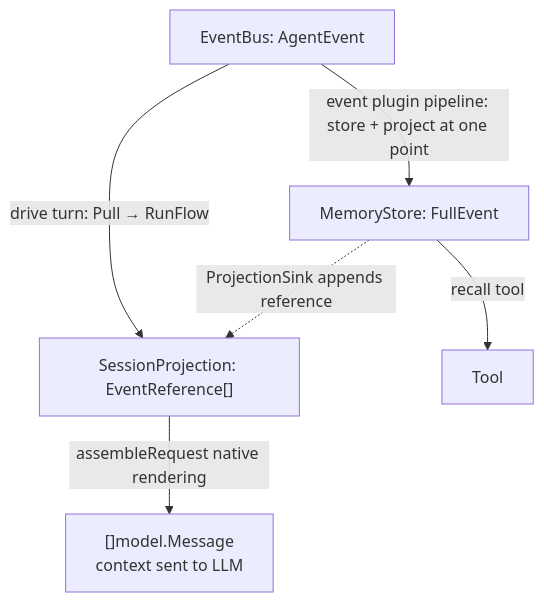
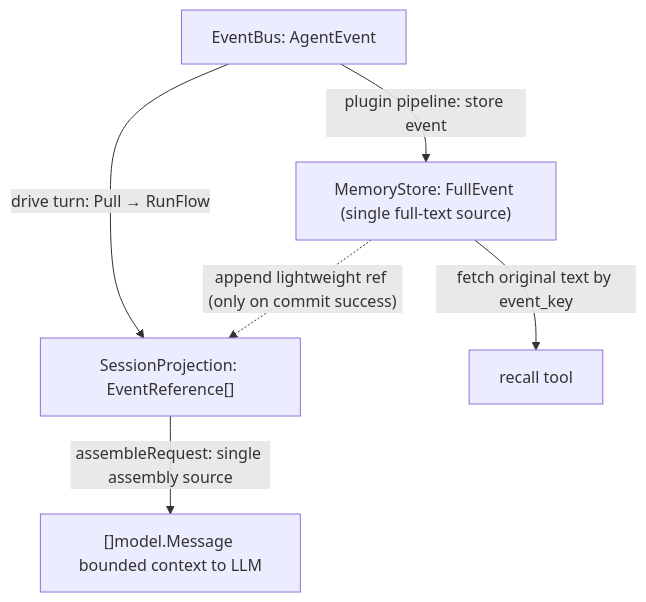
Before and after one commit to SpellingDragon/tagent: the first of 2 diagrams in README_EN.md, drawn with Mermaid. The commit also changed other lines of this file and 1 other file, not shown here.

````diff
--- a/README_EN.md
+++ b/README_EN.md
@@ -160,14 +35,13 @@
 ```mermaid
 graph TB
     EB["EventBus: AgentEvent"]
     SP["SessionProjection: EventReference[]"]
-    MS["MemoryStore: FullEvent"]
-    LLM["[]model.Message<br/>context sent to LLM"]
-    TOOL["Tool"]
-
+    MS["MemoryStore: FullEvent (single full-text source)"]
+    LLM["[]model.Message bounded context to LLM"]
+    TOOL["recall tool"]
     EB -->|drive turn: Pull → RunFlow| SP
-    EB -->|event plugin pipeline: store + project at one point| MS
-    MS -.ProjectionSink appends reference.-> SP
-    SP -->|assembleRequest native rendering| LLM
-    MS -->|recall tool| TOOL
+    EB -->|plugin pipeline: store event| MS
+    MS -.append lightweight ref (only on commit success).-> SP
+    SP -->|assembleRequest: single assembly source| LLM
+    MS -->|fetch original text by event_key| TOOL
 ```
````
